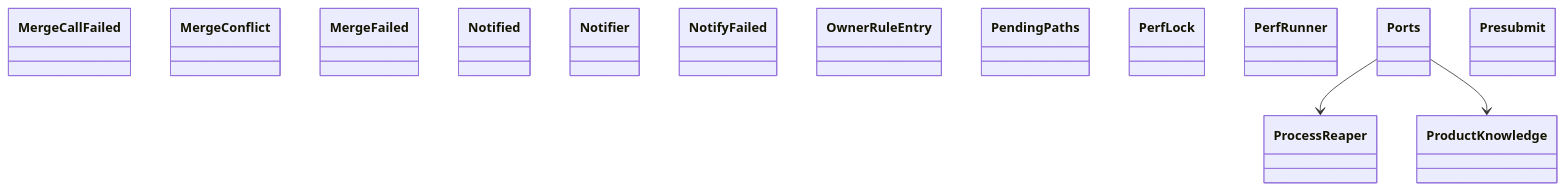
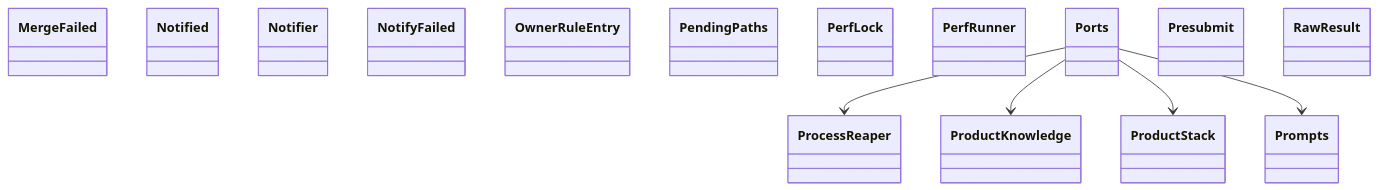
One commit to GonzaloZevallos/agentic-system changed the diagram in docs/architecture/generated/classes-process-application-support-5.md. Above: the diagram before and after it, drawn with Mermaid. The commit also changed other lines of this file and 18 other files, not shown here.

````diff
--- a/docs/architecture/generated/classes-process-application-support-5.md
+++ b/docs/architecture/generated/classes-process-application-support-5.md
@@ -21,19 +21,22 @@
 ```mermaid
 classDiagram
-    class ports__MergeCallFailed["MergeCallFailed"]
-    class ports__MergeConflict["MergeConflict"]
     class ports__MergeFailed["MergeFailed"]
     class ports__Notified["Notified"]
     class ports__Notifier["Notifier"]
     class ports__NotifyFailed["NotifyFailed"]
     class ports__OwnerRuleEntry["OwnerRuleEntry"]
     class ports__PendingPaths["PendingPaths"]
     class ports__PerfLock["PerfLock"]
     class ports__PerfRunner["PerfRunner"]
     class ports__Ports["Ports"]
     class ports__Presubmit["Presubmit"]
     class ports__ProcessReaper["ProcessReaper"]
     class ports__ProductKnowledge["ProductKnowledge"]
+    class ports__ProductStack["ProductStack"]
+    class ports__Prompts["Prompts"]
+    class ports__RawResult["RawResult"]
     ports__Ports --> ports__ProcessReaper
     ports__Ports --> ports__ProductKnowledge
+    ports__Ports --> ports__ProductStack
+    ports__Ports --> ports__Prompts
 ```
````
